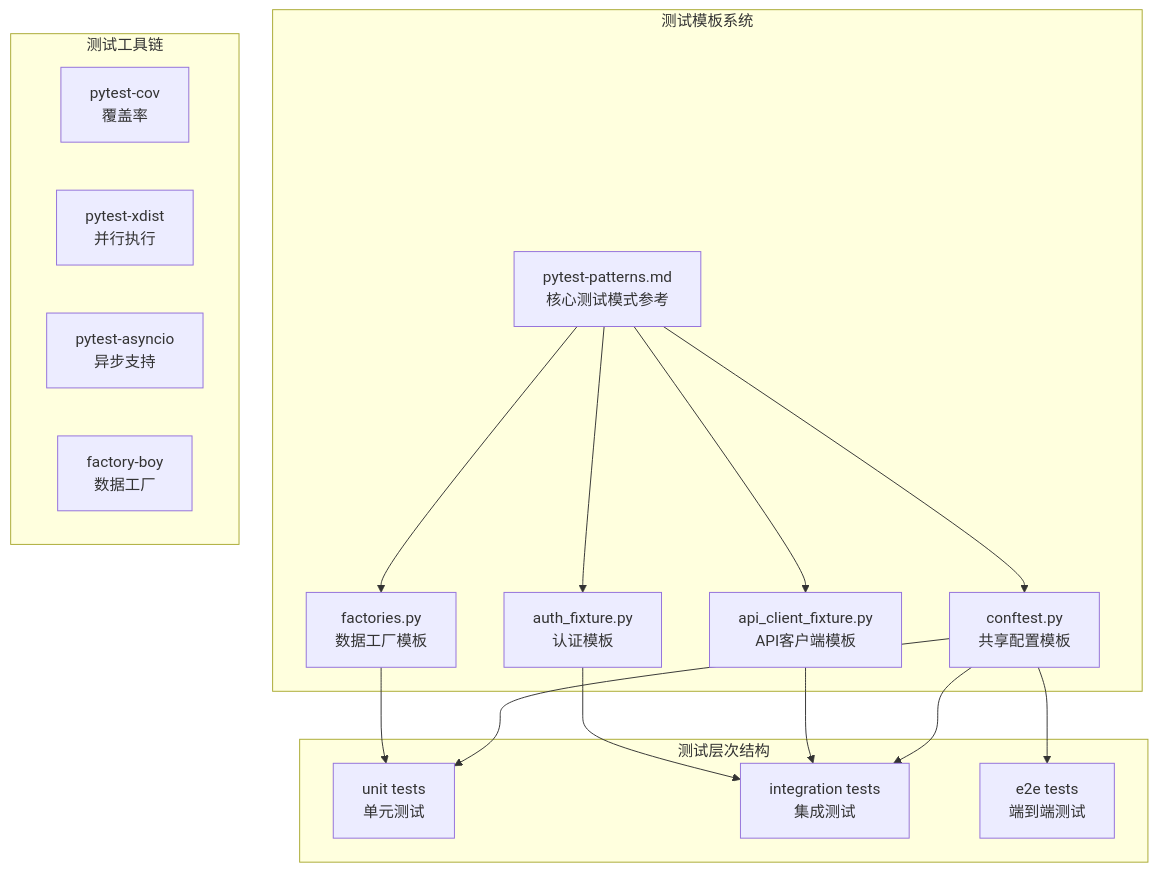
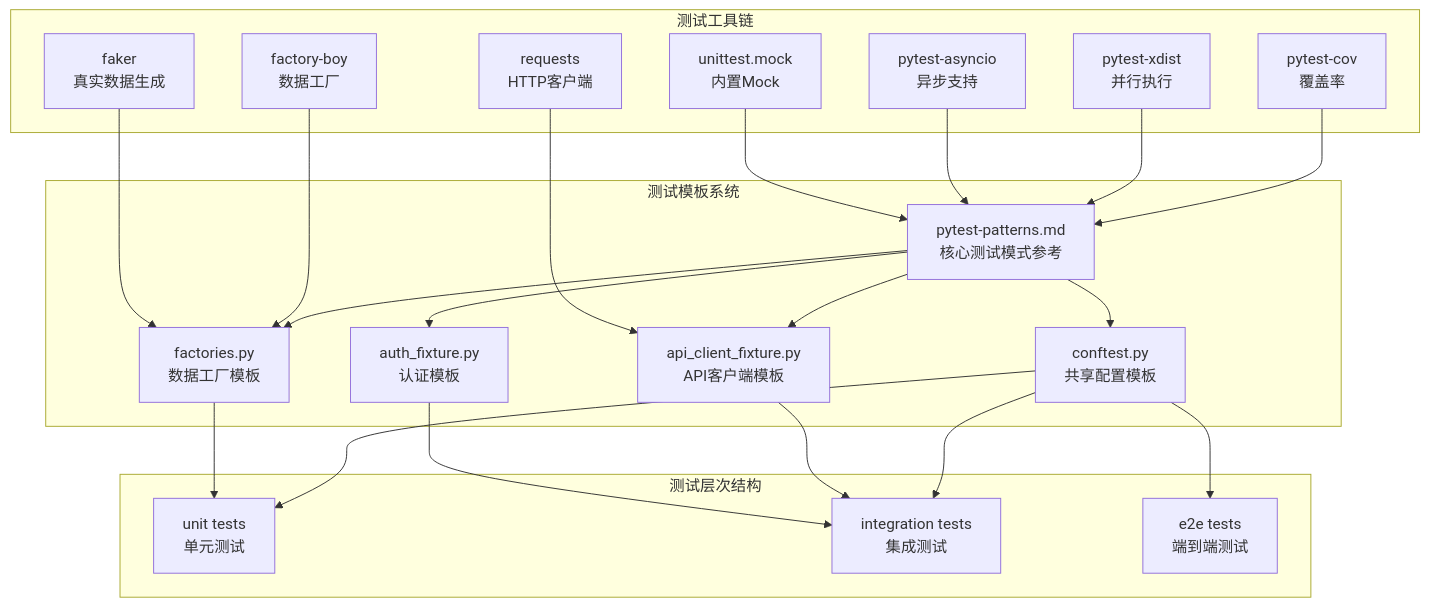
The first of 8 diagrams in .qoder/repowiki/zh/content/Altas Workflow Core/pytest测试模式参考.md (AngelWings1997/altas), drawn with Mermaid before and after one commit. The commit also changed other lines of this file and 8 other files, not shown here.

````diff
--- a/.qoder/repowiki/zh/content/Altas Workflow Core/pytest测试模式参考.md
+++ b/.qoder/repowiki/zh/content/Altas Workflow Core/pytest测试模式参考.md
@@ -33,31 +43,41 @@
 ```mermaid
 graph TB
 subgraph "测试模板系统"
 A[pytest-patterns.md<br/>核心测试模式参考]
 B[conftest.py<br/>共享配置模板]
 C[factories.py<br/>数据工厂模板]
 D[api_client_fixture.py<br/>API客户端模板]
 E[auth_fixture.py<br/>认证模板]
 end
 subgraph "测试层次结构"
 F[unit tests<br/>单元测试]
 G[integration tests<br/>集成测试]
 H[e2e tests<br/>端到端测试]
 end
 subgraph "测试工具链"
 I[pytest-cov<br/>覆盖率]
 J[pytest-xdist<br/>并行执行]
 K[pytest-asyncio<br/>异步支持]
 L[factory-boy<br/>数据工厂]
+M[faker<br/>真实数据生成]
+N[requests<br/>HTTP客户端]
+O[unittest.mock<br/>内置Mock]
 end
 A --> B
 A --> C
 A --> D
 A --> E
 B --> F
 B --> G
 B --> H
 C --> F
 D --> G
 E --> G
+I --> A
+J --> A
+K --> A
+L --> C
+M --> C
+N --> D
+O --> A
 ```
````
